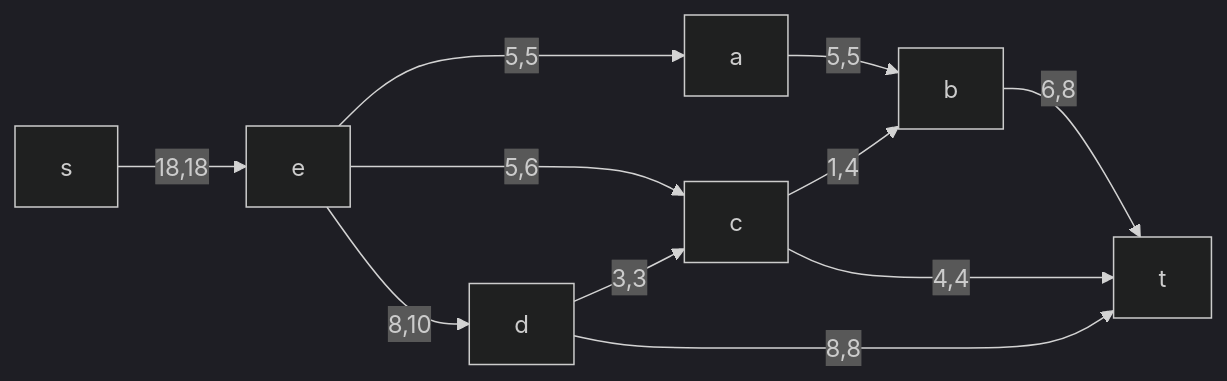
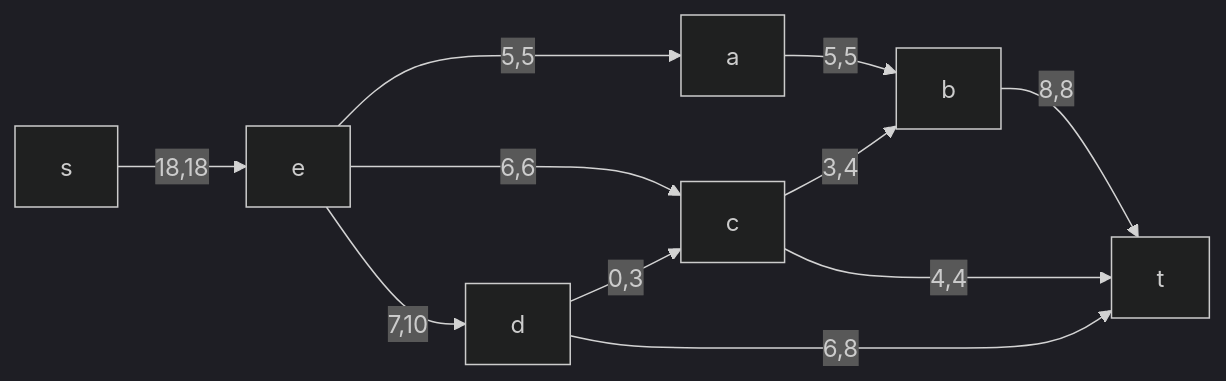
Before and after one commit to hse-algo-24-raven/manual-tasks-raven: diagram 14 of 14 in task-10/pustobek.md, drawn with Mermaid (dark theme).

````diff
--- a/task-10/pustobek.md
+++ b/task-10/pustobek.md
@@ -298,13 +298,13 @@
 ```mermaid
 graph LR
     s-->|18,18|e
     e-->|5,5|a
-    e-->|5,6|c
-    e-->|8,10|d
+    e-->|6,6|c
+    e-->|7,10|d
     a-->|5,5|b
-    c-->|1,4|b
-    d-->|3,3|c
-    b-->|6,8|t
+    c-->|3,4|b
+    d-->|0,3|c
+    b-->|8,8|t
     c-->|4,4|t
-    d-->|8,8|t   
+    d-->|6,8|t   
 ```
````
